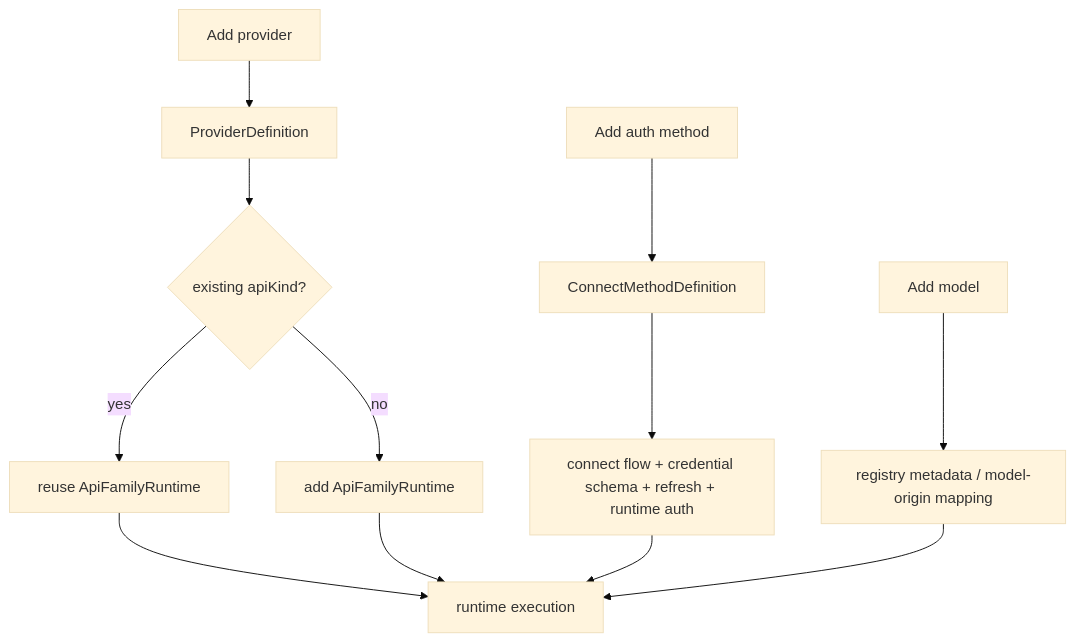
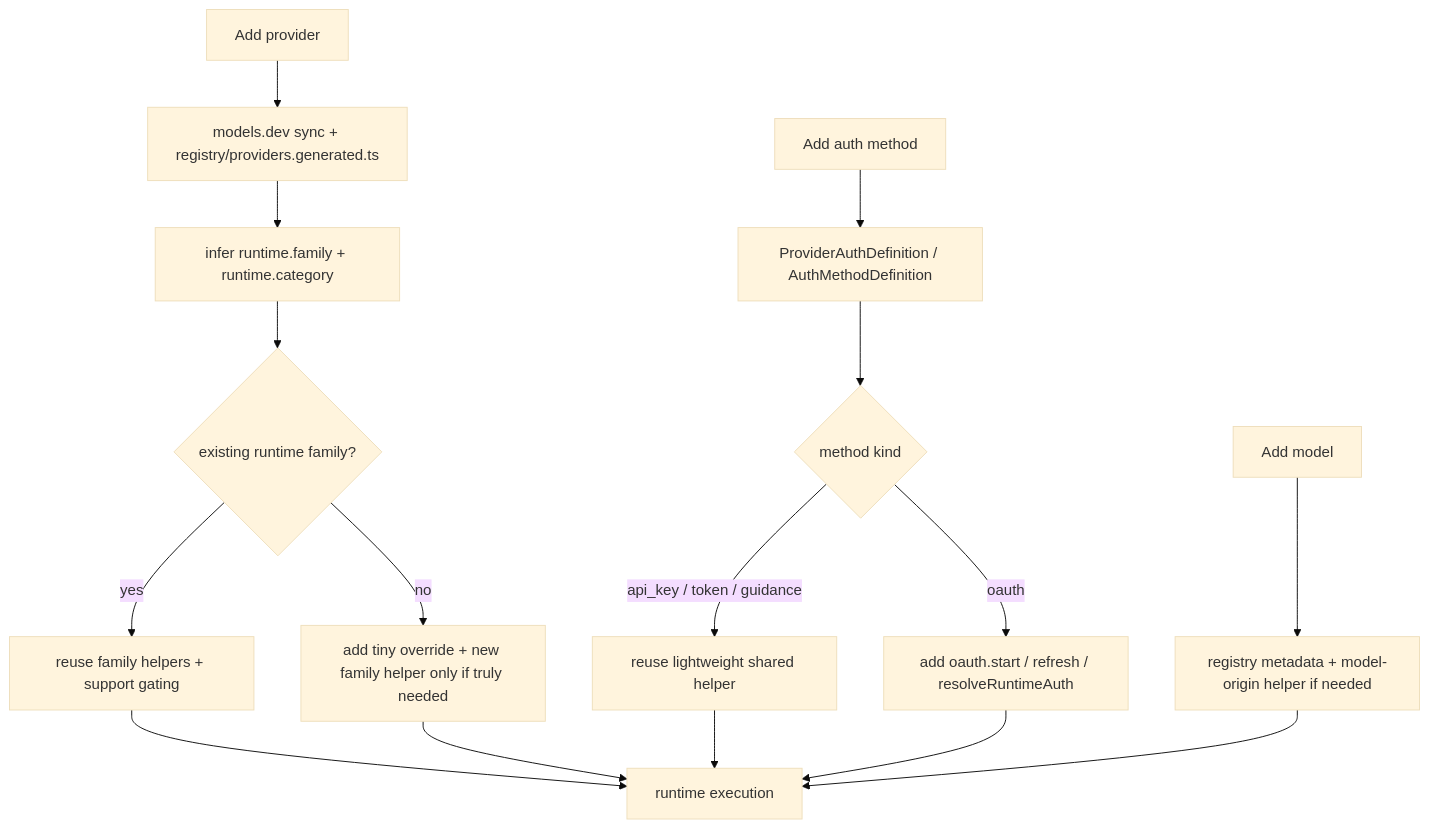
Before and after one commit to truffle-ai/dexto: the seventh of 7 diagrams in feature-plans/oauth-and-more-providers/v2/ARCHITECTURE_FLOW.md, drawn with Mermaid (base theme). The commit also changed other lines of this file and 2 other files, not shown here.

Commit message:
align v2 refactor docs and task breakdown
Keep the supporting v2 docs consistent with the finalized plan and add an implementation task list that stays medium-grained and reviewable.

Made-with: Cursor

````diff
--- a/feature-plans/oauth-and-more-providers/v2/ARCHITECTURE_FLOW.md
+++ b/feature-plans/oauth-and-more-providers/v2/ARCHITECTURE_FLOW.md
@@ -360,17 +368,21 @@
 ```mermaid
 flowchart TD
-    A["Add provider"] --> B["ProviderDefinition"]
-    B --> C{"existing apiKind?"}
-    C -->|yes| D["reuse ApiFamilyRuntime"]
-    C -->|no| E["add ApiFamilyRuntime"]
+    A["Add provider"] --> B["models.dev sync + registry/providers.generated.ts"]
+    B --> C["infer runtime.family + runtime.category"]
+    C --> D{"existing runtime family?"}
+    D -->|yes| E["reuse family helpers + support gating"]
+    D -->|no| F["add tiny override + new family helper only if truly needed"]
 
-    A2["Add auth method"] --> F["ConnectMethodDefinition"]
-    F --> G["connect flow + credential schema + refresh + runtime auth"]
+    A2["Add auth method"] --> G["ProviderAuthDefinition / AuthMethodDefinition"]
+    G --> H{"method kind"}
+    H -->|api_key / token / guidance| I["reuse lightweight shared helper"]
+    H -->|oauth| J["add oauth.start / refresh / resolveRuntimeAuth"]
 
-    A3["Add model"] --> H["registry metadata / model-origin mapping"]
+    A3["Add model"] --> K["registry metadata + model-origin helper if needed"]
 
-    D --> I["runtime execution"]
-    E --> I
-    G --> I
-    H --> I
+    E --> L["runtime execution"]
+    F --> L
+    I --> L
+    J --> L
+    K --> L
 ```
````
